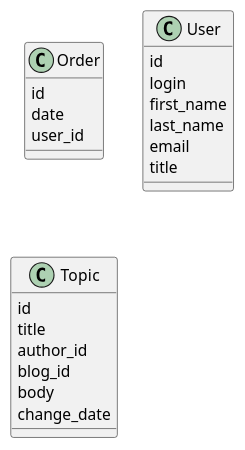
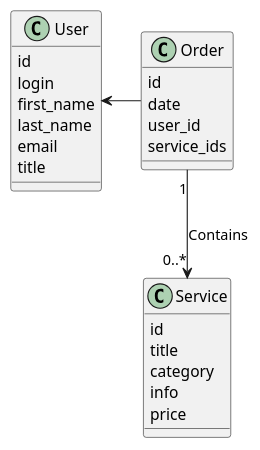
The second of 2 diagrams in lab1/components.md (artooff/MAI.AIS), drawn with PlantUML before and after one commit. The commit also changed other lines of this file, not shown here.

````diff
--- a/lab1/components.md
+++ b/lab1/components.md
@@ -78,30 +77,32 @@
 ```puml
 @startuml
 
 class Order {
   id
   date
   user_id
+  service_ids
 }
 
 class User {
   id
   login
   first_name
   last_name
   email
   title
 }
 
-class Topic {
+class Service {
   id
   title
-  author_id
-  blog_id
-  body
-  change_date
+  category
+  info
+  price
 }
 
+User <- Order
+Order "1" --> "0..*" Service : Contains
 
 @enduml
 ```
````
